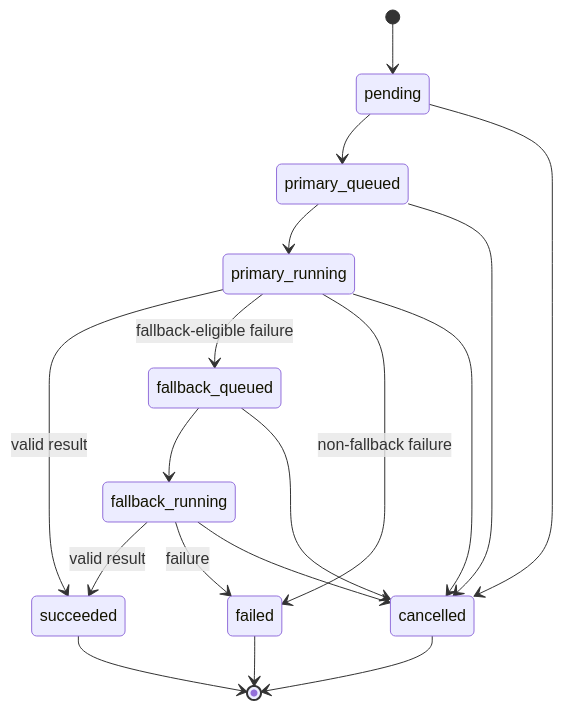
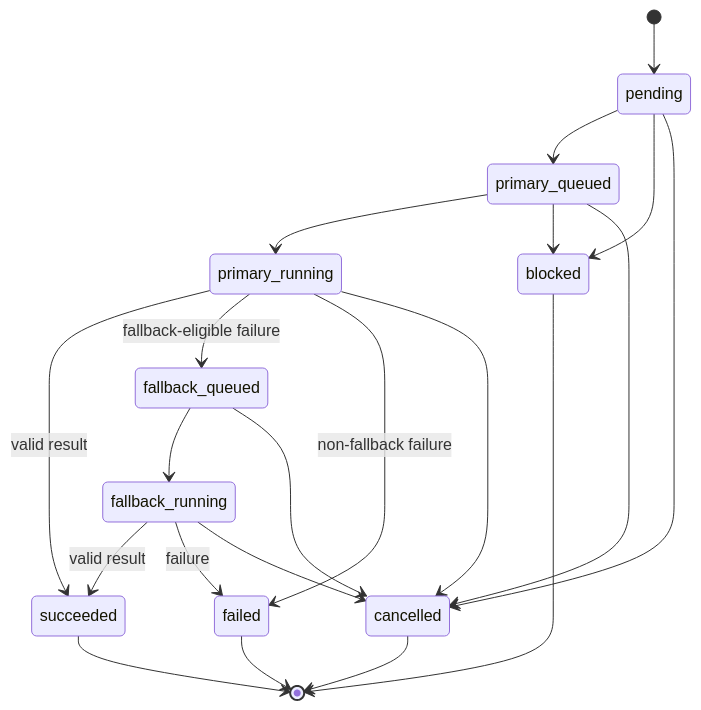
The third of 3 diagrams in sot/docs/02-domain-and-state-model.md (irootkernel/mulgae), drawn with Mermaid before and after one commit. The commit also changed other lines of this file and 20 other files, not shown here.

````diff
--- a/sot/docs/02-domain-and-state-model.md
+++ b/sot/docs/02-domain-and-state-model.md
@@ -246,20 +254,23 @@
 ```mermaid
 stateDiagram-v2
     [*] --> pending
     pending --> primary_queued
+    pending --> blocked
     primary_queued --> primary_running
+    primary_queued --> blocked
     primary_running --> succeeded: valid result
     primary_running --> fallback_queued: fallback-eligible failure
     primary_running --> failed: non-fallback failure
     fallback_queued --> fallback_running
     fallback_running --> succeeded: valid result
     fallback_running --> failed: failure
     pending --> cancelled
     primary_queued --> cancelled
     primary_running --> cancelled
     fallback_queued --> cancelled
     fallback_running --> cancelled
     succeeded --> [*]
     failed --> [*]
     cancelled --> [*]
+    blocked --> [*]
 ```
````
